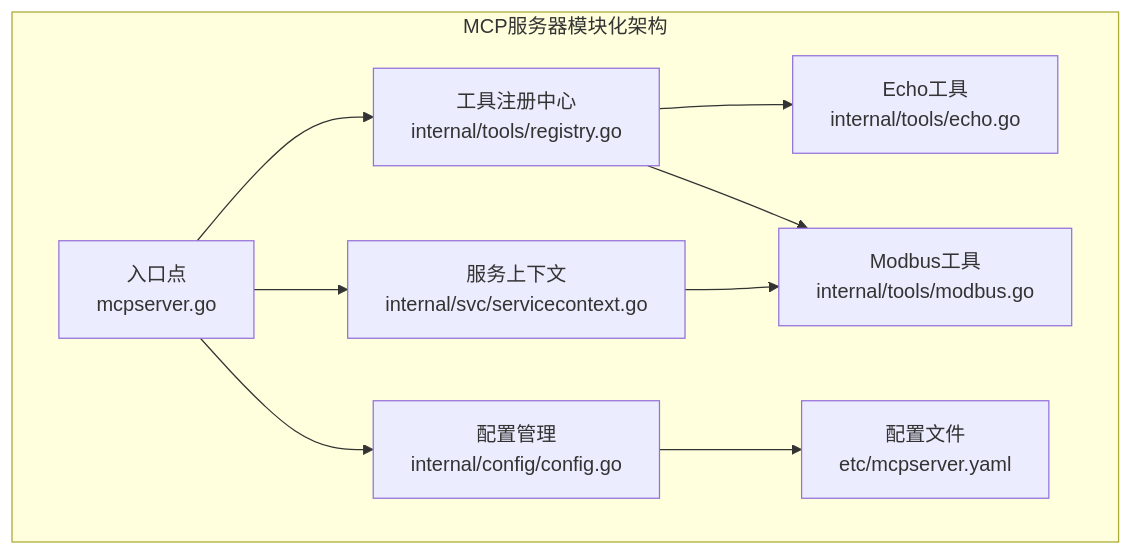
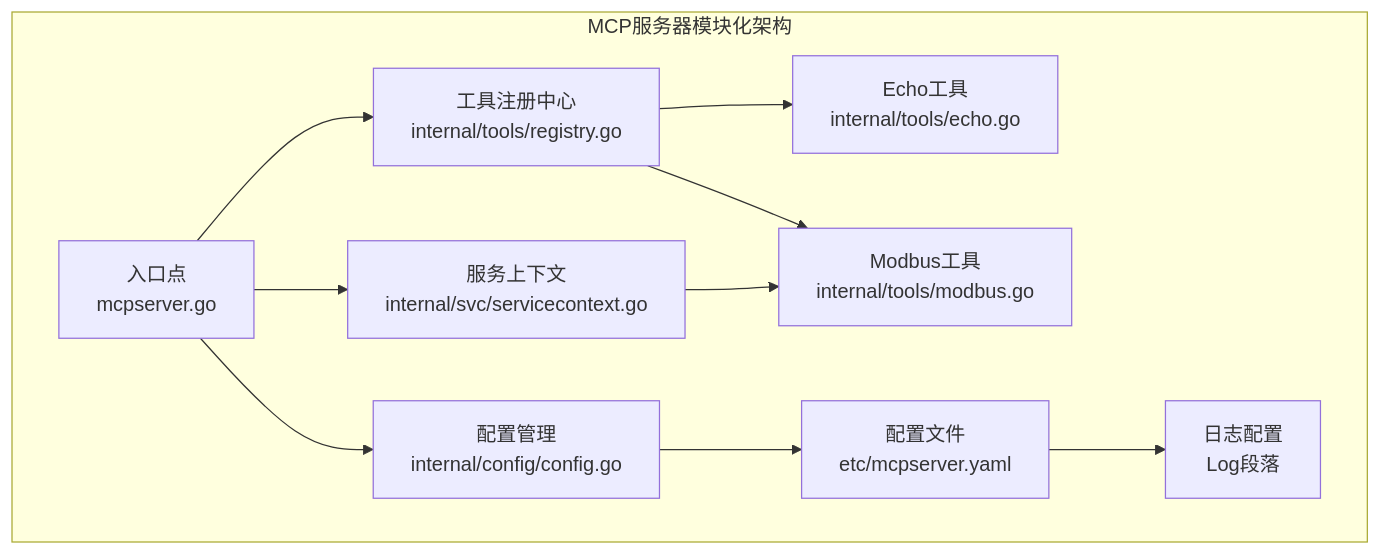
The first of 5 diagrams in .qoder/repowiki/zh/content/AI应用模块/MCP服务器.md (maomao94/zero-service), drawn with Mermaid before and after one commit. The commit also changed other lines of this file and 6 other files, not shown here.

````diff
--- a/.qoder/repowiki/zh/content/AI应用模块/MCP服务器.md
+++ b/.qoder/repowiki/zh/content/AI应用模块/MCP服务器.md
@@ -101,19 +104,21 @@
 ```mermaid
 graph TB
 subgraph "MCP服务器模块化架构"
 CFG["配置管理<br/>internal/config/config.go"]
 CTX["服务上下文<br/>internal/svc/servicecontext.go"]
 REG["工具注册中心<br/>internal/tools/registry.go"]
 ECHO["Echo工具<br/>internal/tools/echo.go"]
 MODBUS["Modbus工具<br/>internal/tools/modbus.go"]
 ENTRY["入口点<br/>mcpserver.go"]
 CONF["配置文件<br/>etc/mcpserver.yaml"]
+LOG["日志配置<br/>Log段落"]
 end
 ENTRY --> CFG
 ENTRY --> CTX
 ENTRY --> REG
 REG --> ECHO
 REG --> MODBUS
 CTX --> MODBUS
 CFG --> CONF
+CONF --> LOG
 ```
````
